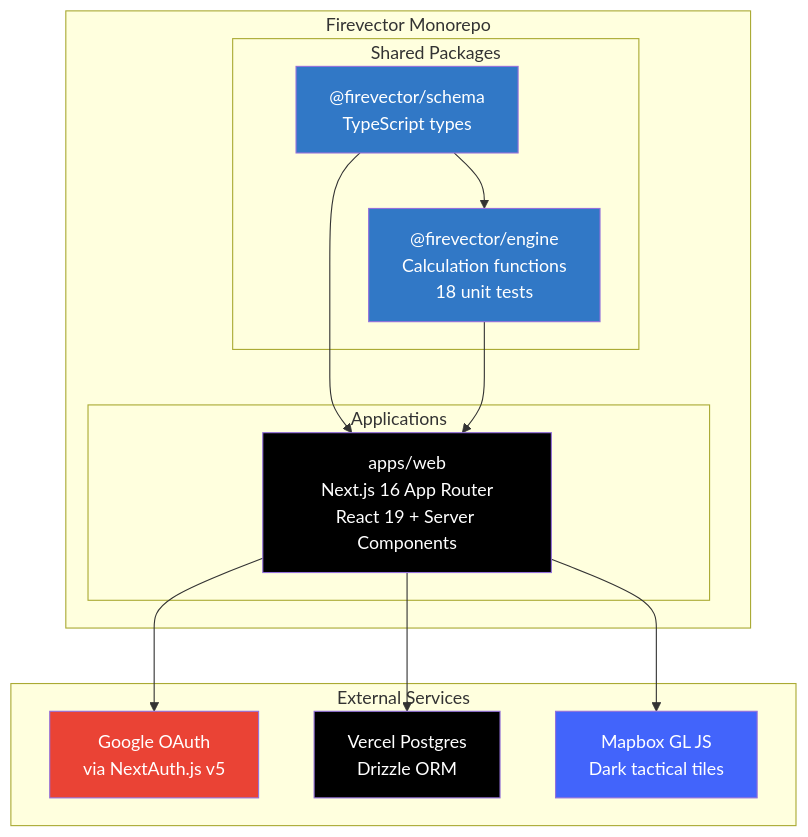
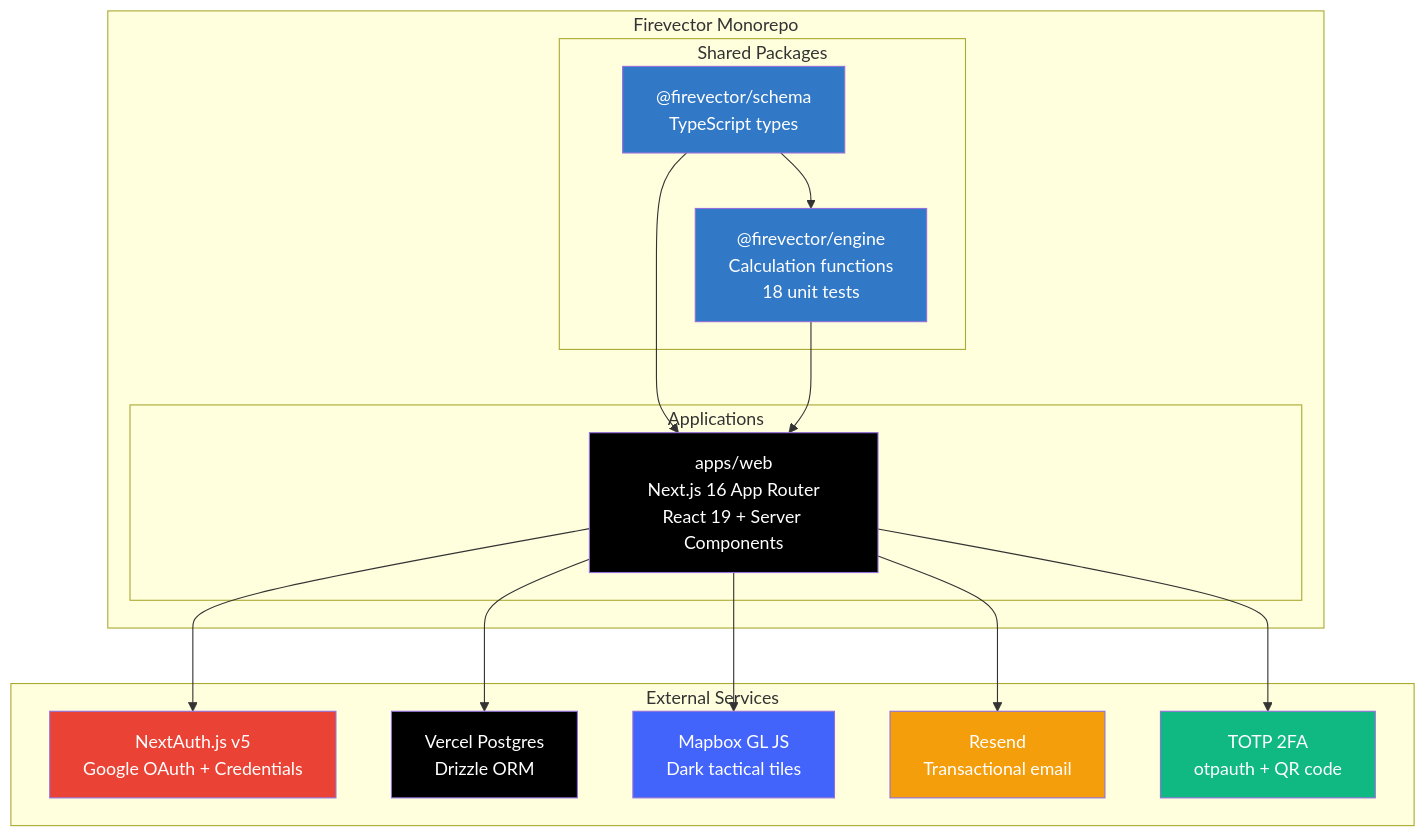
The first of 3 diagrams in README.md (bgorzelic/firevector), drawn with Mermaid before and after one commit. The commit also changed other lines of this file and 2 other files, not shown here.

````diff
--- a/README.md
+++ b/README.md
@@ -46,33 +49,39 @@
 ```mermaid
 graph TB
     subgraph Monorepo["Firevector Monorepo"]
         subgraph Packages["Shared Packages"]
             Schema["@firevector/schema<br/>TypeScript types"]
             Engine["@firevector/engine<br/>Calculation functions<br/>18 unit tests"]
         end
 
         subgraph Apps["Applications"]
             Web["apps/web<br/>Next.js 16 App Router<br/>React 19 + Server Components"]
         end
     end
 
     subgraph External["External Services"]
-        Auth["Google OAuth<br/>via NextAuth.js v5"]
+        Auth["NextAuth.js v5<br/>Google OAuth + Credentials"]
         DB["Vercel Postgres<br/>Drizzle ORM"]
         Maps["Mapbox GL JS<br/>Dark tactical tiles"]
+        Email["Resend<br/>Transactional email"]
+        TwoFA["TOTP 2FA<br/>otpauth + QR code"]
     end
 
     Schema --> Engine
     Schema --> Web
     Engine --> Web
     Web --> Auth
     Web --> DB
     Web --> Maps
+    Web --> Email
+    Web --> TwoFA
 
     style Schema fill:#3178C6,color:#fff
     style Engine fill:#3178C6,color:#fff
     style Web fill:#000,color:#fff
     style Auth fill:#EA4335,color:#fff
     style DB fill:#000,color:#fff
     style Maps fill:#4264FB,color:#fff
+    style Email fill:#F59E0B,color:#fff
+    style TwoFA fill:#10B981,color:#fff
 ```
````
